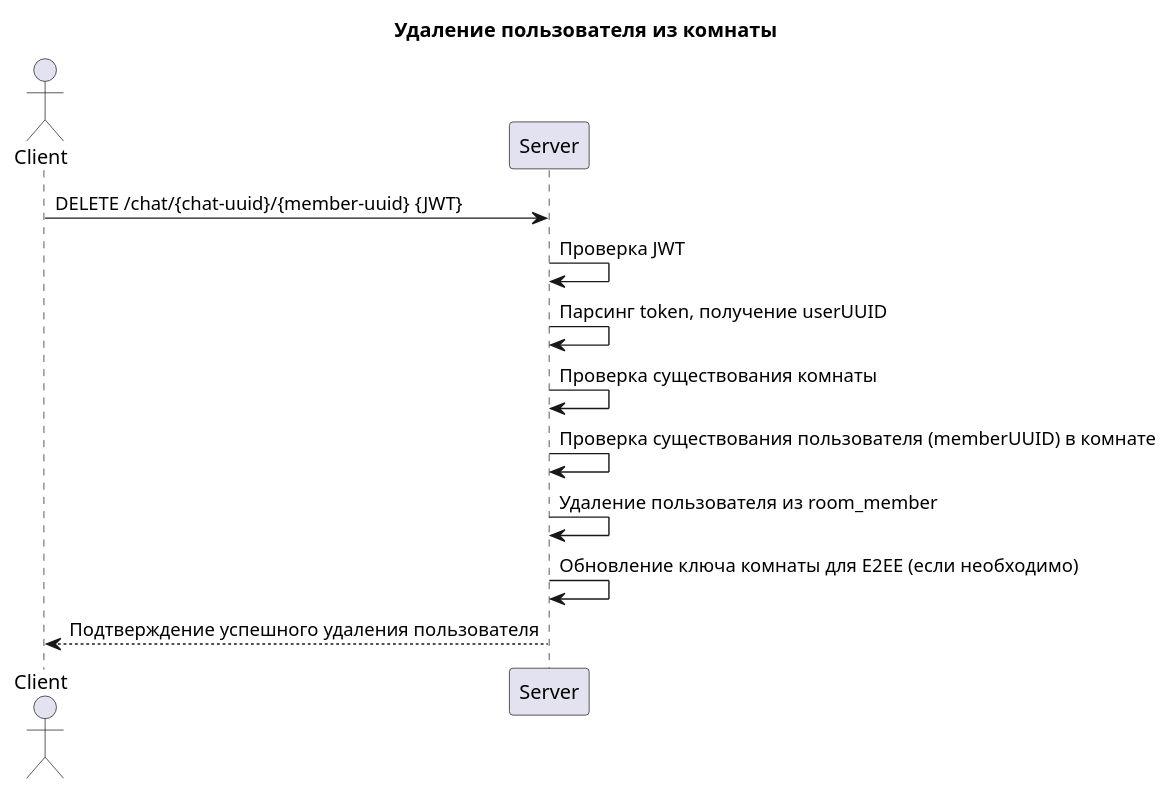
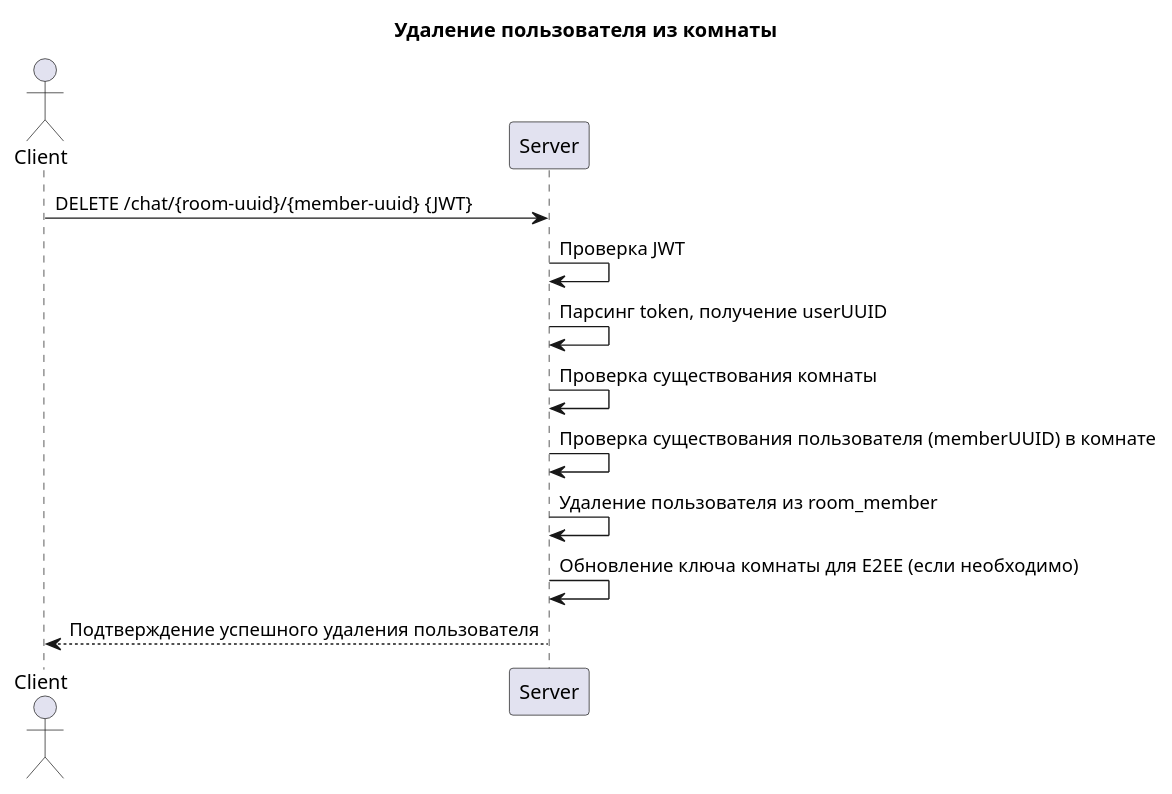
Before and after one commit to sbilibin2017/bil-message: the diagram in docs/room_remove_member.puml, drawn with PlantUML. The commit also changed 16 other files, not shown here.

```diff
--- a/docs/room_remove_member.puml
+++ b/docs/room_remove_member.puml
@@ -1,17 +1,17 @@
 @startuml
 title Удаление пользователя из комнаты
 
 actor Client
 participant Server
 
-Client -> Server: DELETE /chat/{chat-uuid}/{member-uuid} {JWT}
+Client -> Server: DELETE /chat/{room-uuid}/{member-uuid} {JWT}
 
 Server -> Server: Проверка JWT
 Server -> Server: Парсинг token, получение userUUID
 Server -> Server: Проверка существования комнаты
 Server -> Server: Проверка существования пользователя (memberUUID) в комнате
 Server -> Server: Удаление пользователя из room_member
 Server -> Server: Обновление ключа комнаты для E2EE (если необходимо)
 
 Server --> Client: Подтверждение успешного удаления пользователя
 @enduml
```
